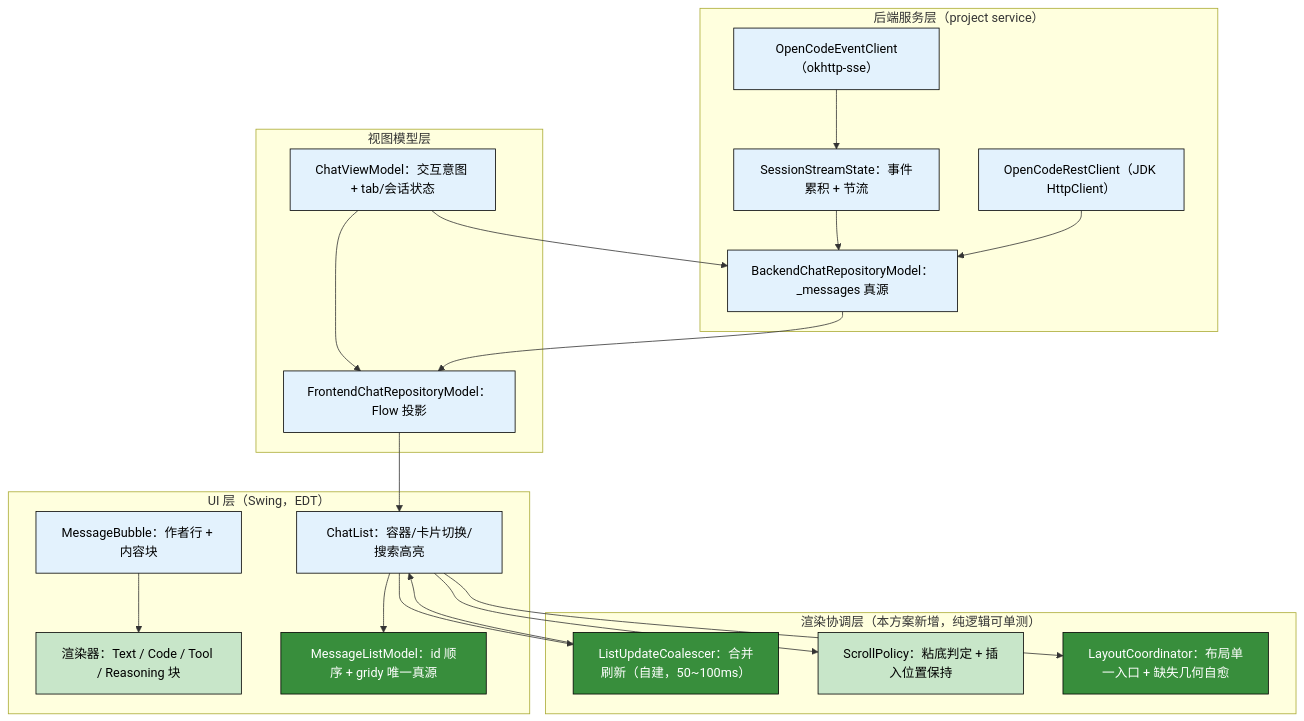
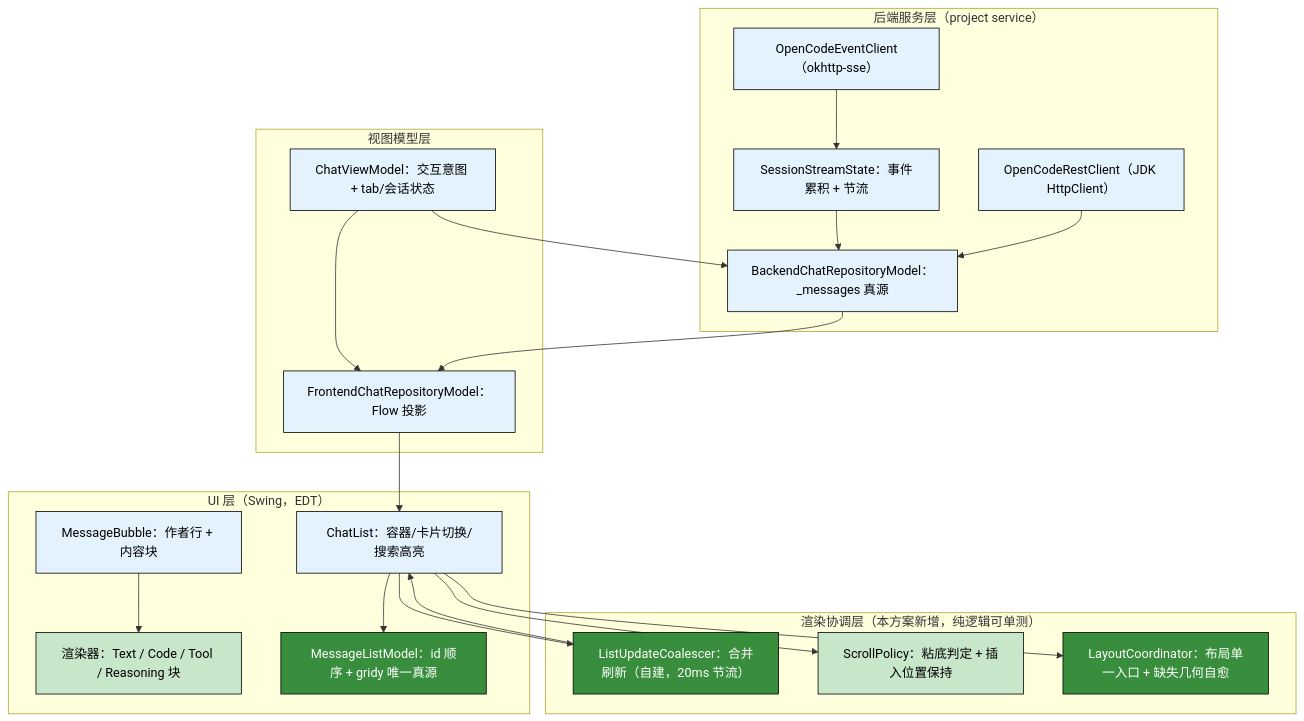
Before and after one commit to ayongw/idea-agent-panel: the diagram in docs/tsd/TSD-30-会话面板整体优化方案.md, drawn with Mermaid. The commit also changed other lines of this file and 19 other files, not shown here.

````diff
--- a/docs/tsd/TSD-30-会话面板整体优化方案.md
+++ b/docs/tsd/TSD-30-会话面板整体优化方案.md
@@ -106,46 +107,46 @@
 ```mermaid
 flowchart TB
   classDef std fill:#e3f2fd,color:#000000,stroke:#000000
   classDef emph fill:#1976d2,color:#ffffff,stroke:#000000
   classDef chg fill:#c8e6c9,color:#000000,stroke:#000000
   classDef chgEmph fill:#388e3c,color:#ffffff,stroke:#000000
 
   subgraph L4["UI 层（Swing，EDT）"]
     A1["ChatList：容器/卡片切换/搜索高亮"]:::std
     A2["MessageBubble：作者行 + 内容块"]:::std
     A3["渲染器：Text / Code / Tool / Reasoning 块"]:::chg
     A4["MessageListModel：id 顺序 + gridy 唯一真源"]:::chgEmph
   end
 
   subgraph L3["渲染协调层（本方案新增，纯逻辑可单测）"]
-    B1["ListUpdateCoalescer：合并刷新（自建，50~100ms）"]:::chgEmph
+    B1["ListUpdateCoalescer：合并刷新（自建，20ms 节流）"]:::chgEmph
     B2["ScrollPolicy：粘底判定 + 插入位置保持"]:::chg
     B3["LayoutCoordinator：布局单一入口 + 缺失几何自愈"]:::chgEmph
   end
 
   subgraph L2["视图模型层"]
     C1["ChatViewModel：交互意图 + tab/会话状态"]:::std
     C2["FrontendChatRepositoryModel：Flow 投影"]:::std
   end
 
   subgraph L1["后端服务层（project service）"]
     D1["BackendChatRepositoryModel：_messages 真源"]:::std
     D2["SessionStreamState：事件累积 + 节流"]:::std
     D3["OpenCodeEventClient（okhttp-sse）"]:::std
     D4["OpenCodeRestClient（JDK HttpClient）"]:::std
   end
 
   A1 --> A4
   A2 --> A3
   A1 --> B3
   A1 --> B2
   A1 --> B1
   B1 --> A1
   C1 --> C2
   C2 --> A1
   D1 --> C2
   D2 --> D1
   D3 --> D2
   D4 --> D1
   C1 --> D1
 ```
````
